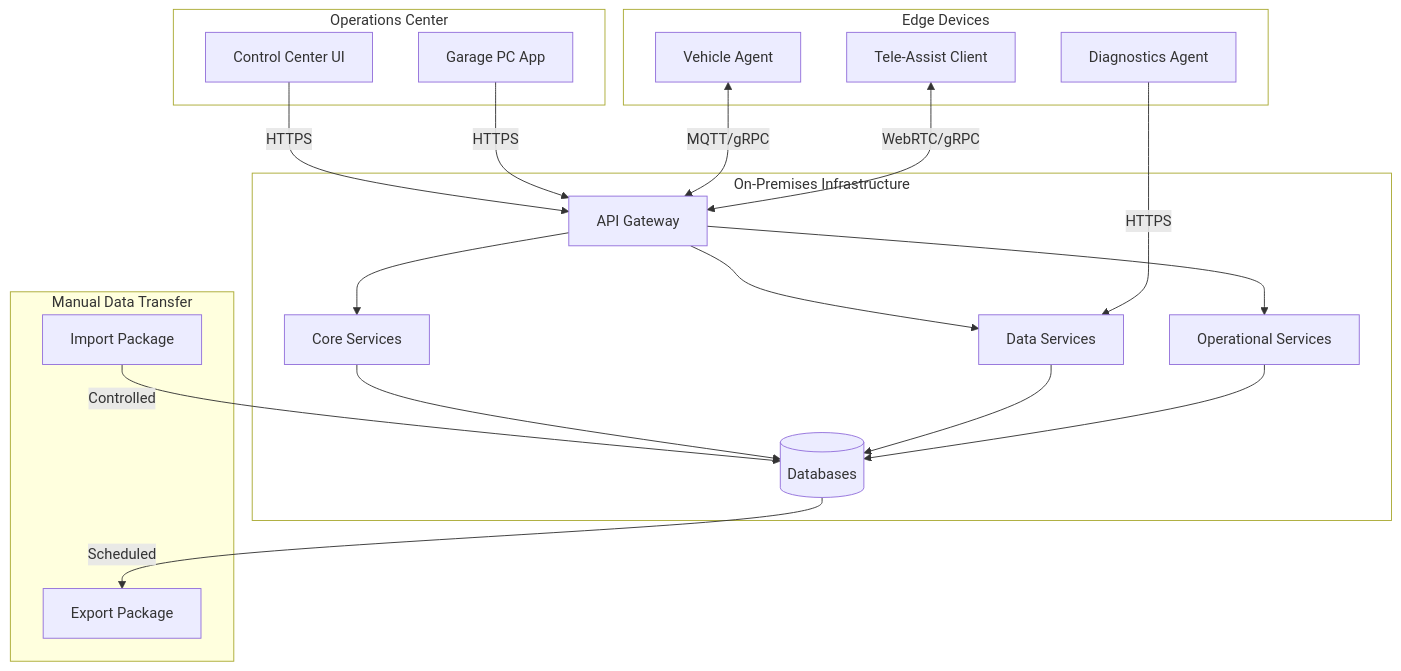
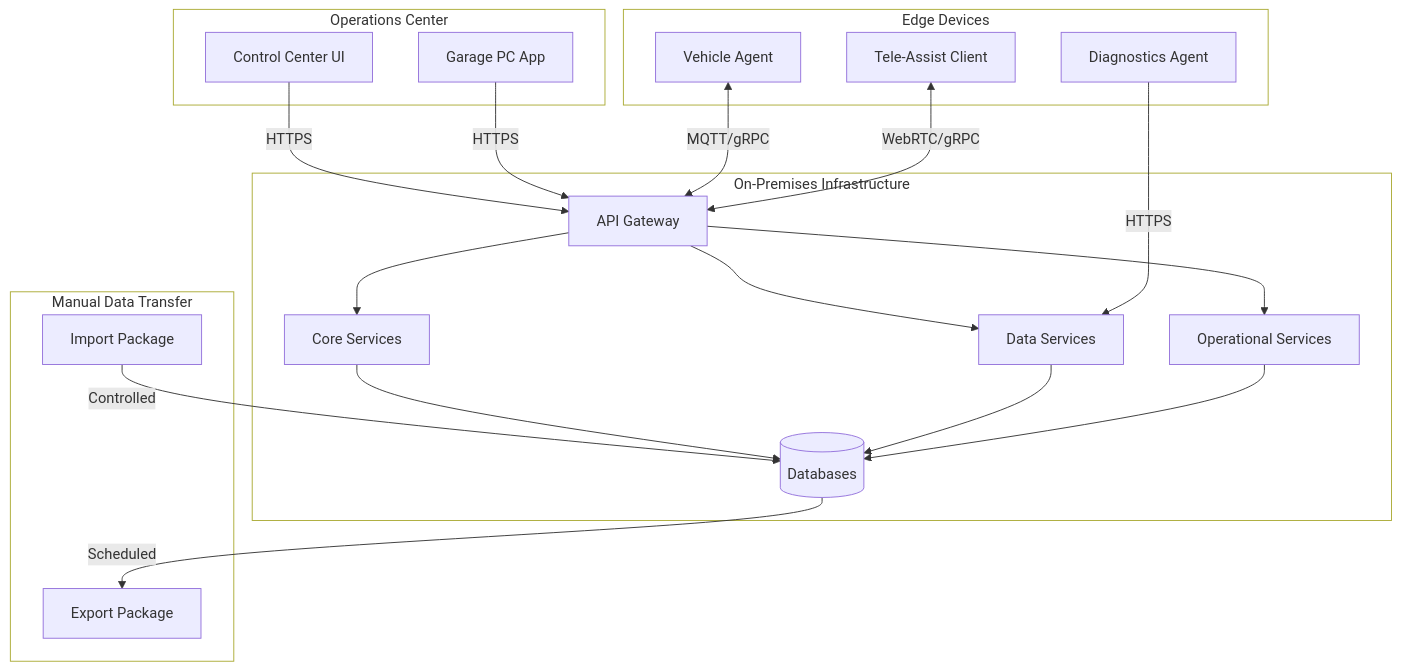
One commit to suprachakra/AtlasMesh-Fleet-OS changed the tenth of 17 diagrams in docs/Technical/01_Architecture.md. Above: the diagram before and after it, drawn with Mermaid.

````diff
--- a/docs/Technical/01_Architecture.md
+++ b/docs/Technical/01_Architecture.md
@@ -625,48 +625,49 @@
 ```mermaid
 flowchart TD
     subgraph "On-Premises Infrastructure"
         API[API Gateway]
         Core[Core Services]
         Data[Data Services]
         Ops[Operational Services]
         DB[(Databases)]
     end
     
     subgraph "Edge Devices"
         VA[Vehicle Agent]
         TA[Tele-Assist Client]
         DA[Diagnostics Agent]
     end
     
     subgraph "Operations Center"
         CC[Control Center UI]
         GA[Garage PC App]
     end
     
     CC -->|HTTPS| API
     GA -->|HTTPS| API
     
     API --> Core
     API --> Data
     API --> Ops
     
     Core --> DB
     Data --> DB
     Ops --> DB
     
     VA <-->|MQTT/gRPC| API
     TA <-->|WebRTC/gRPC| API
     DA -->|HTTPS| Data
     
     subgraph "Manual Data Transfer"
         Export[Export Package]
         Import[Import Package]
     end
     
     DB -->|Scheduled| Export
     Import -->|Controlled| DB
 
     style subGraph0 fill:transparent
     style subGraph1 fill:transparent
     style subGraph2 fill:transparent
+    style subGraph3 fill:transparent
 ```
````
